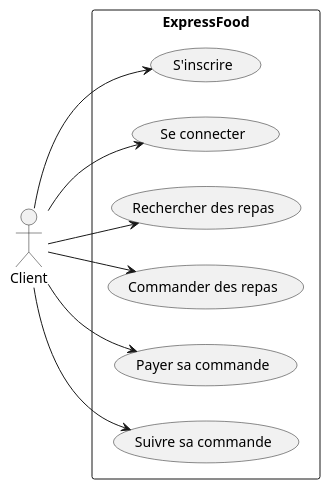
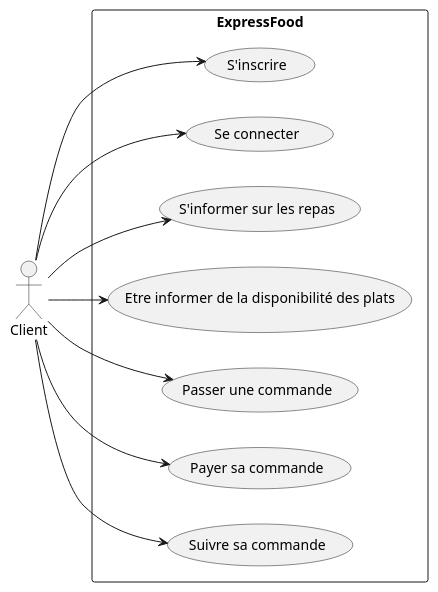
Before and after one commit to laurasullyalexandrine/expressfood: the diagram in UseCase/Client.puml, drawn with PlantUML. The commit also changed 3 other files, not shown here.

```diff
--- a/UseCase/Client.puml
+++ b/UseCase/Client.puml
@@ -2,23 +2,25 @@
 @startuml Client
 
 left to right direction
 
 actor "Client" as Client
 
 rectangle ExpressFood {
   usecase "S'inscrire" as UC1
   usecase "Se connecter" as UC2
-  usecase "Rechercher des repas" as UC3
-  usecase "Commander des repas" as UC4
-  usecase "Payer sa commande" as UC5
-  usecase "Suivre sa commande" as UC6
+  usecase "S'informer sur les repas" as UC3
+  usecase "Etre informer de la disponibilité des plats" as UC4
+  usecase "Passer une commande" as UC5
+  usecase "Payer sa commande" as UC6
+  usecase "Suivre sa commande" as UC7
 }
 
 Client --> UC1
 Client --> UC2
 Client --> UC3
 Client --> UC4
 Client --> UC5
 Client --> UC6
+Client --> UC7
 
 @enduml
```
